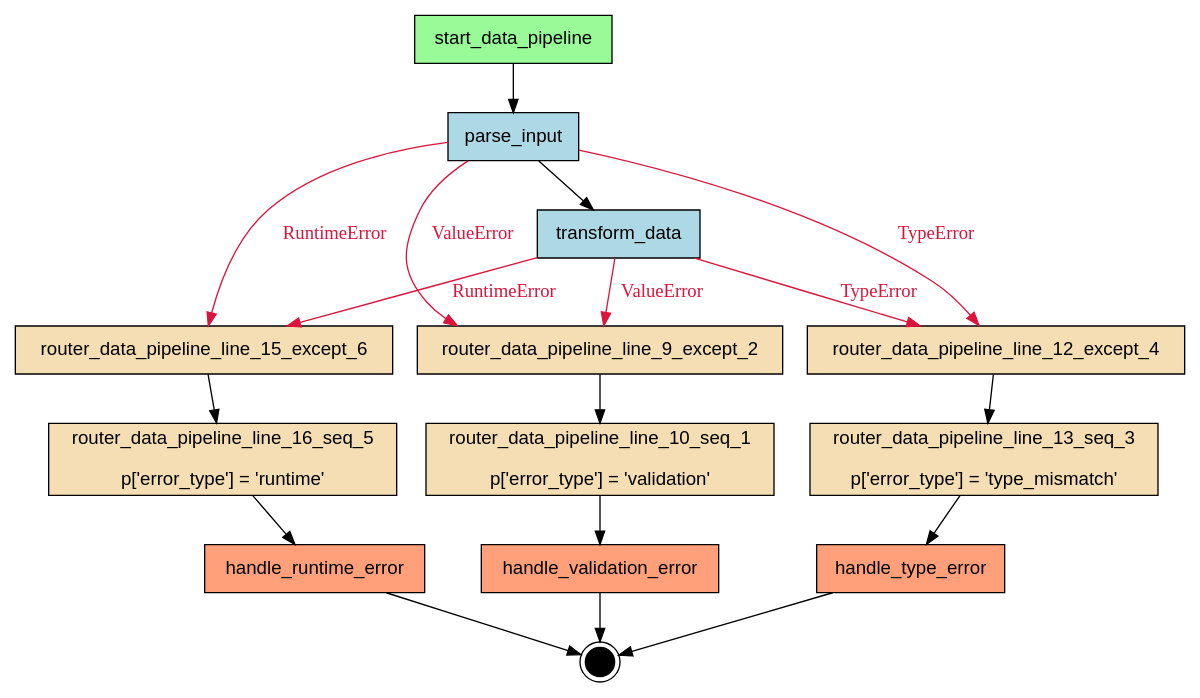
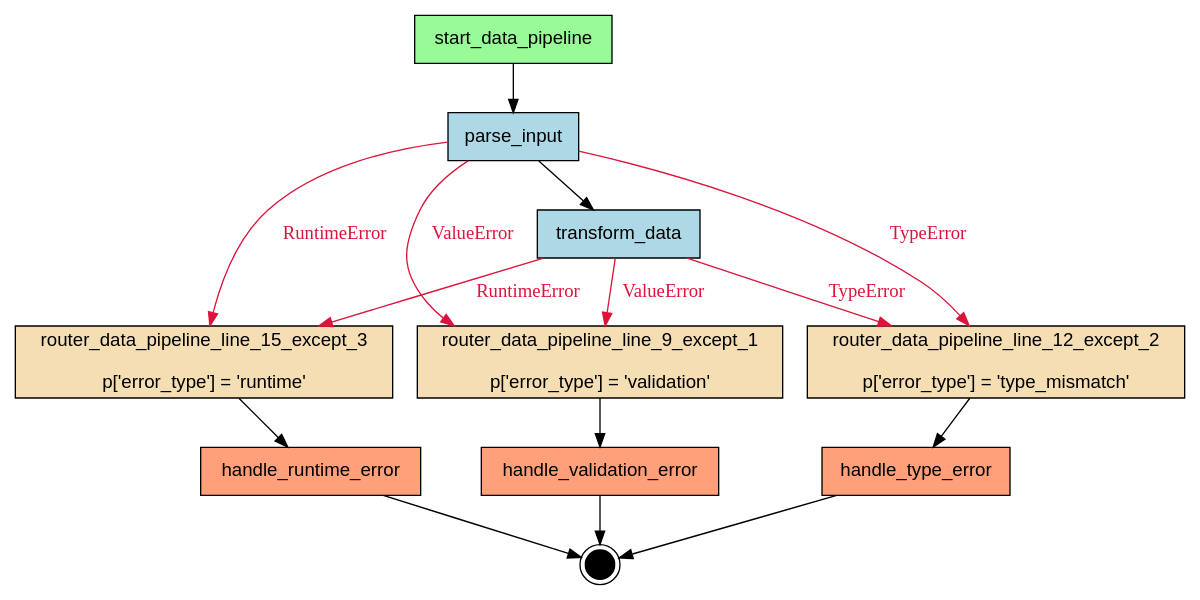
Before and after one commit to deliveryhero/asya: the diagram in examples/flows/compiled/try_except_multiple_handlers/flow.dot, drawn with Graphviz. The commit also changed 139 other files, not shown here.

Commit message:
chore: recompile all flows with int/float types in manifests

```diff
--- a/examples/flows/compiled/try_except_multiple_handlers/flow.dot
+++ b/examples/flows/compiled/try_except_multiple_handlers/flow.dot
@@ -1,39 +1,33 @@
 digraph "data_pipeline" {
     rankdir=TB;
     node [shape=box, style=filled, fontname="Helvetica"];
 
     { rank=source; start_data_pipeline; }
 
     handle_runtime_error [label="handle_runtime_error", fillcolor=lightsalmon];
     handle_type_error [label="handle_type_error", fillcolor=lightsalmon];
     handle_validation_error [label="handle_validation_error", fillcolor=lightsalmon];
     parse_input [label="parse_input", fillcolor=lightblue];
-    router_data_pipeline_line_10_seq_1 [label="router_data_pipeline_line_10_seq_1\n\np['error_type'] = 'validation'", fillcolor=wheat];
-    router_data_pipeline_line_12_except_4 [label="router_data_pipeline_line_12_except_4", fillcolor=wheat];
-    router_data_pipeline_line_13_seq_3 [label="router_data_pipeline_line_13_seq_3\n\np['error_type'] = 'type_mismatch'", fillcolor=wheat];
-    router_data_pipeline_line_15_except_6 [label="router_data_pipeline_line_15_except_6", fillcolor=wheat];
-    router_data_pipeline_line_16_seq_5 [label="router_data_pipeline_line_16_seq_5\n\np['error_type'] = 'runtime'", fillcolor=wheat];
-    router_data_pipeline_line_9_except_2 [label="router_data_pipeline_line_9_except_2", fillcolor=wheat];
+    router_data_pipeline_line_12_except_2 [label="router_data_pipeline_line_12_except_2\n\np['error_type'] = 'type_mismatch'", fillcolor=wheat];
+    router_data_pipeline_line_15_except_3 [label="router_data_pipeline_line_15_except_3\n\np['error_type'] = 'runtime'", fillcolor=wheat];
+    router_data_pipeline_line_9_except_1 [label="router_data_pipeline_line_9_except_1\n\np['error_type'] = 'validation'", fillcolor=wheat];
     start_data_pipeline [label="start_data_pipeline", fillcolor=palegreen];
     transform_data [label="transform_data", fillcolor=lightblue];
 
     __end__ [label="", shape=doublecircle, fillcolor=black, width=0.3, fixedsize=true];
 
     start_data_pipeline -> parse_input;
     parse_input -> transform_data;
-    router_data_pipeline_line_10_seq_1 -> handle_validation_error;
-    router_data_pipeline_line_9_except_2 -> router_data_pipeline_line_10_seq_1;
-    router_data_pipeline_line_13_seq_3 -> handle_type_error;
-    router_data_pipeline_line_12_except_4 -> router_data_pipeline_line_13_seq_3;
-    router_data_pipeline_line_16_seq_5 -> handle_runtime_error;
-    router_data_pipeline_line_15_except_6 -> router_data_pipeline_line_16_seq_5;
-    parse_input -> router_data_pipeline_line_9_except_2 [label="ValueError", color="#DC143C", fontcolor="#DC143C"];
-    parse_input -> router_data_pipeline_line_12_except_4 [label="TypeError", color="#DC143C", fontcolor="#DC143C"];
-    parse_input -> router_data_pipeline_line_15_except_6 [label="RuntimeError", color="#DC143C", fontcolor="#DC143C"];
-    transform_data -> router_data_pipeline_line_9_except_2 [label="ValueError", color="#DC143C", fontcolor="#DC143C"];
-    transform_data -> router_data_pipeline_line_12_except_4 [label="TypeError", color="#DC143C", fontcolor="#DC143C"];
-    transform_data -> router_data_pipeline_line_15_except_6 [label="RuntimeError", color="#DC143C", fontcolor="#DC143C"];
+    router_data_pipeline_line_9_except_1 -> handle_validation_error;
+    router_data_pipeline_line_12_except_2 -> handle_type_error;
+    router_data_pipeline_line_15_except_3 -> handle_runtime_error;
+    parse_input -> router_data_pipeline_line_9_except_1 [label="ValueError", color="#DC143C", fontcolor="#DC143C"];
+    parse_input -> router_data_pipeline_line_12_except_2 [label="TypeError", color="#DC143C", fontcolor="#DC143C"];
+    parse_input -> router_data_pipeline_line_15_except_3 [label="RuntimeError", color="#DC143C", fontcolor="#DC143C"];
+    transform_data -> router_data_pipeline_line_9_except_1 [label="ValueError", color="#DC143C", fontcolor="#DC143C"];
+    transform_data -> router_data_pipeline_line_12_except_2 [label="TypeError", color="#DC143C", fontcolor="#DC143C"];
+    transform_data -> router_data_pipeline_line_15_except_3 [label="RuntimeError", color="#DC143C", fontcolor="#DC143C"];
     handle_runtime_error -> __end__;
     handle_type_error -> __end__;
     handle_validation_error -> __end__;
 }
```
